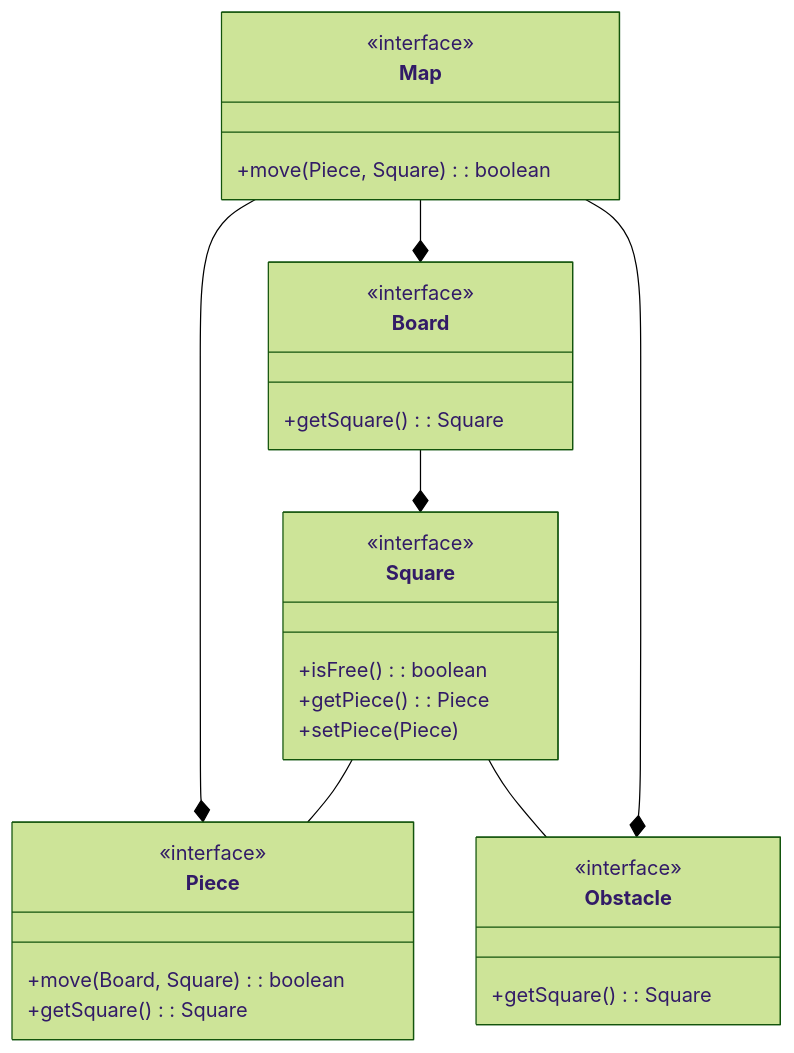
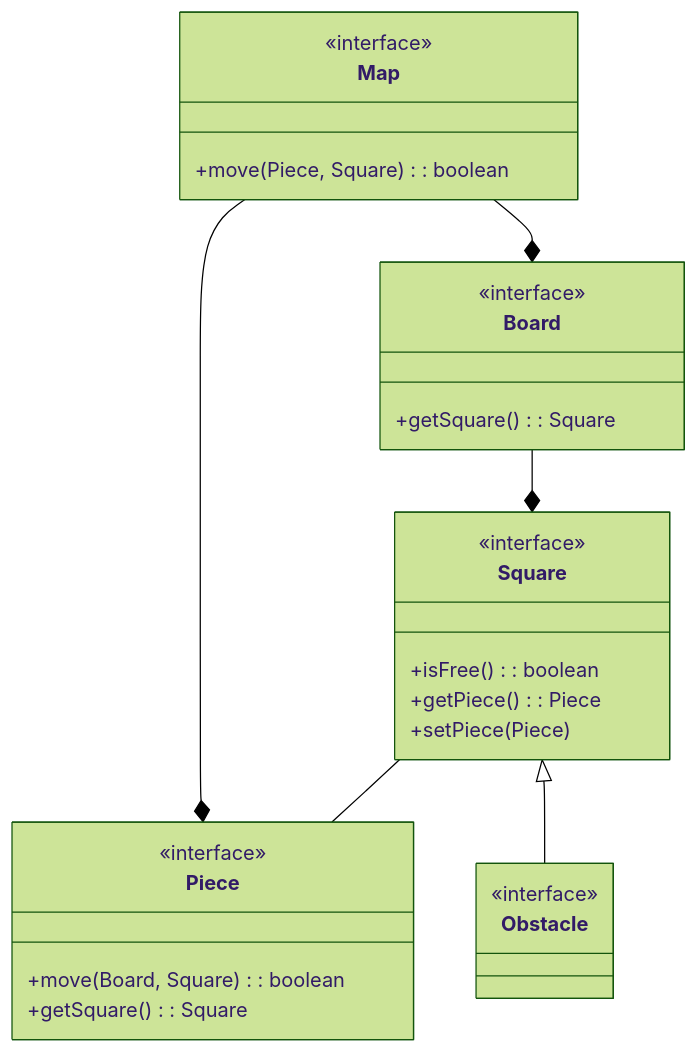
Before and after one commit to alessandroArrighi/pss23-24-ChessGravity-Arrighi: the first of 2 diagrams in README.md, drawn with Mermaid (forest theme). The commit also changed other lines of this file, not shown here.

````diff
--- a/README.md
+++ b/README.md
@@ -43,38 +43,35 @@
 ```mermaid
 classDiagram
 
 class Map {
     +move(Piece, Square): boolean
 }
 <<interface>> Map
 
 class Piece {
     +move(Board, Square): boolean
     +getSquare(): Square
 }
 <<interface>> Piece
 
 class Board {
     +getSquare(): Square
 }
 <<interface>> Board
 
 class Square {
     +isFree(): boolean
     +getPiece(): Piece
     +setPiece(Piece)
 }
 <<interface>> Square
 
-class Obstacle {
-    +getSquare(): Square
-}
+class Obstacle
 <<interface>> Obstacle
 
 Square -- Piece
 Map --* Board
-Map --* Obstacle
 Map --* Piece
 Board --* Square
-Square -- Obstacle
+Square <|-- Obstacle
 ```
````
